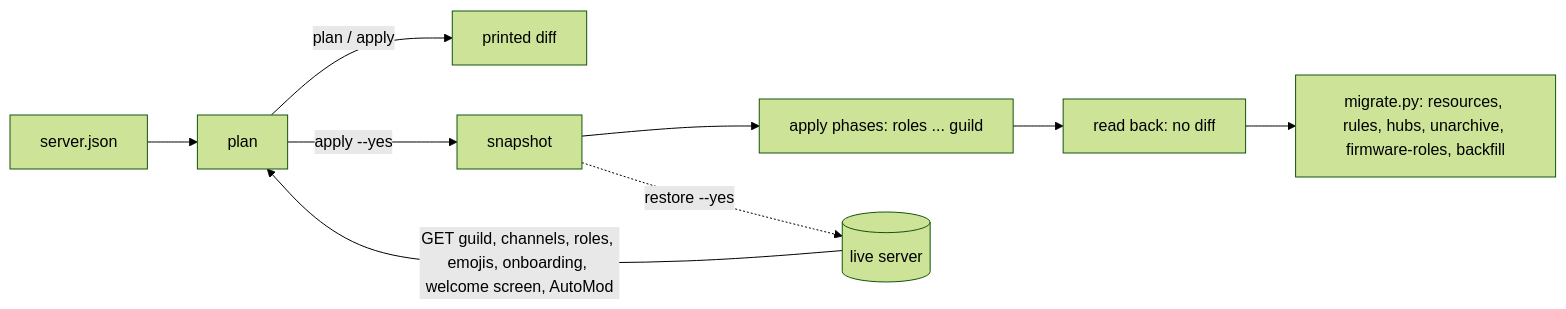
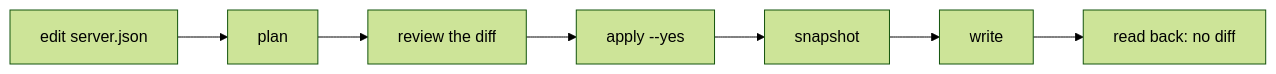
The first of 2 diagrams in README.md (OpenDrone-hw/discord), drawn with Mermaid (forest theme) before and after one commit. The commit also changed other lines of this file and 6 other files, not shown here.

````diff
--- a/README.md
+++ b/README.md
@@ -11,9 +13,4 @@
 ```mermaid
 flowchart LR
-  J[server.json] --> P[plan]
-  L[(live server)] -->|GET guild, channels, roles, emojis, onboarding, welcome screen, AutoMod| P
-  P -->|plan / apply| R[printed diff]
-  P -->|apply --yes| S[snapshot] --> A[apply phases: roles ... guild] --> B[read back: no diff]
-  S -.->|restore --yes| L
-  B --> M[migrate.py: resources, rules, hubs, unarchive, firmware-roles, backfill]
+  E[edit server.json] --> P[plan] --> R[review the diff] --> A[apply --yes] --> S[snapshot] --> W[write] --> B[read back: no diff]
 ```
````
